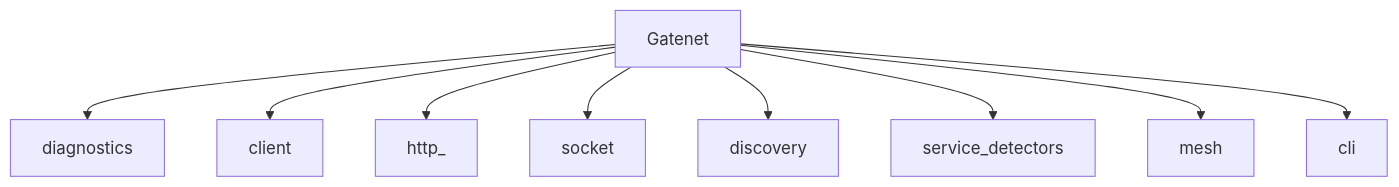
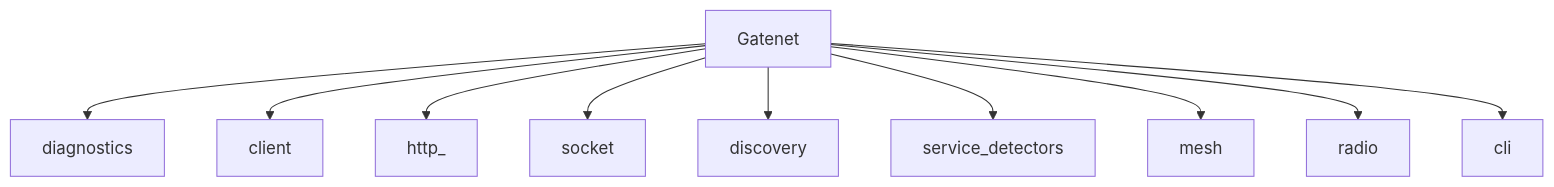
One commit to clxrityy/gatenet changed the diagram in docs/source/architecture.rst. Above: the diagram before and after it, drawn with Mermaid. The commit also changed other lines of this file and 29 other files, not shown here.

```diff
--- a/docs/source/architecture.rst
+++ b/docs/source/architecture.rst
@@ -9,12 +9,13 @@
 .. mermaid::
 
    flowchart TD
      Gatenet
      Gatenet --> diagnostics
      Gatenet --> client
      Gatenet --> http_
      Gatenet --> socket
      Gatenet --> discovery
      Gatenet --> service_detectors
      Gatenet --> mesh
+     Gatenet --> radio
      Gatenet --> cli
```
